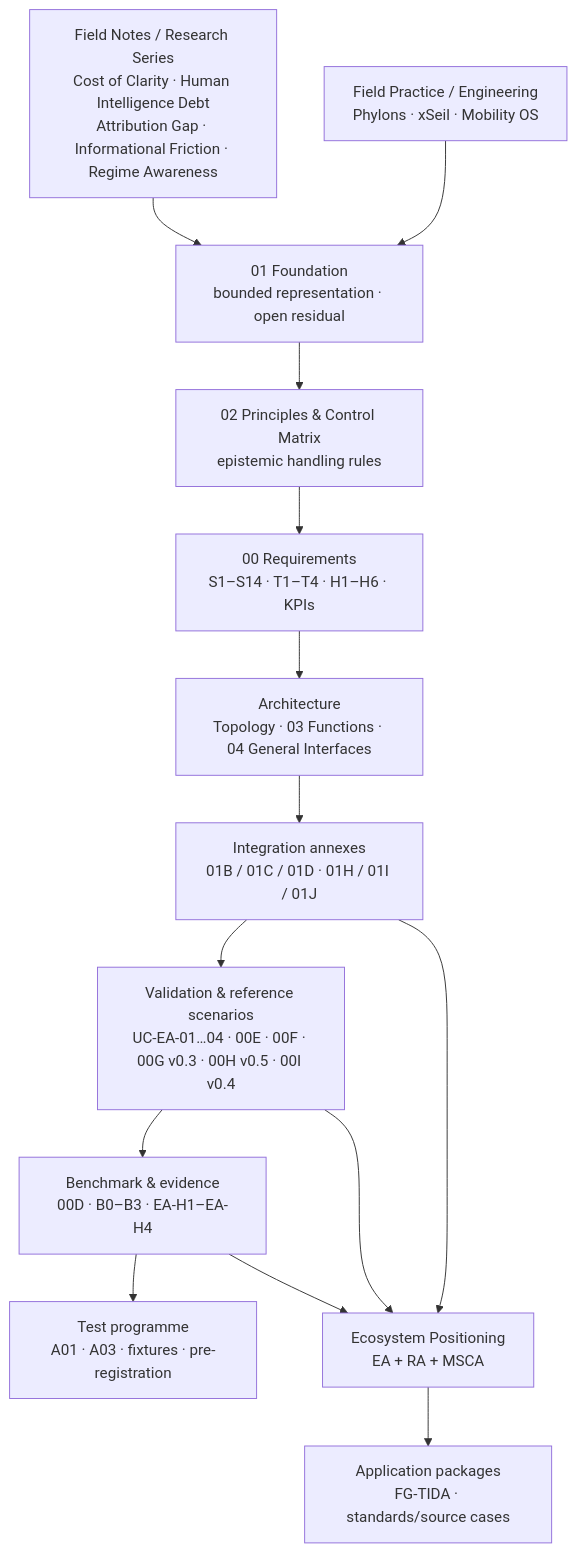
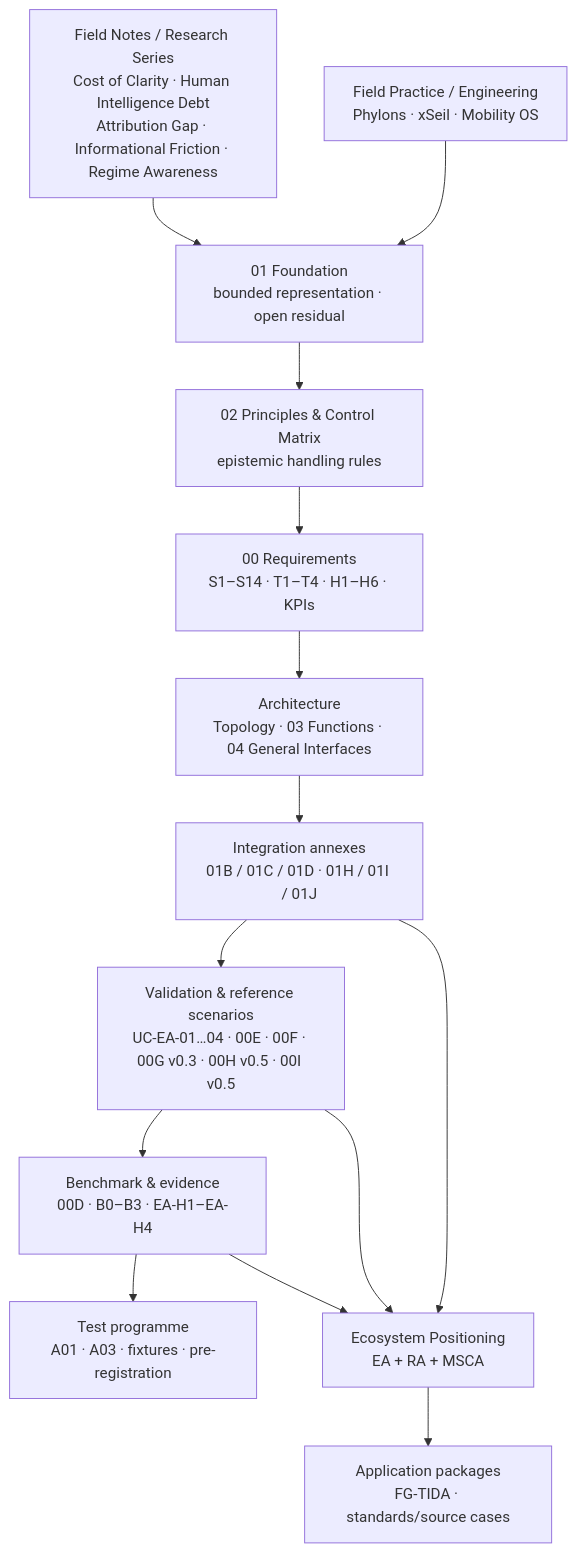
The first of 9 diagrams in research/ecosystem-awareness/VISUAL_GUIDE.md (dakleyer/structural-awareness-contributions), drawn with Mermaid before and after one commit. The commit also changed other lines of this file, not shown here.

````diff
--- a/research/ecosystem-awareness/VISUAL_GUIDE.md
+++ b/research/ecosystem-awareness/VISUAL_GUIDE.md
@@ -9,23 +9,23 @@
 ```mermaid
 flowchart TB
     FN["Field Notes / Research Series<br/>Cost of Clarity · Human Intelligence Debt<br/>Attribution Gap · Informational Friction · Regime Awareness"]
     ENG["Field Practice / Engineering<br/>Phylons · xSeil · Mobility OS"]
     F["01 Foundation<br/>bounded representation · open residual"]
     P["02 Principles & Control Matrix<br/>epistemic handling rules"]
     R["00 Requirements<br/>S1–S14 · T1–T4 · H1–H6 · KPIs"]
     A["Architecture<br/>Topology · 03 Functions · 04 General Interfaces"]
     I["Integration annexes<br/>01B / 01C / 01D · 01H / 01I / 01J"]
-    V["Validation & reference scenarios<br/>UC-EA-01…04 · 00E · 00F · 00G v0.3 · 00H v0.5 · 00I v0.4"]
+    V["Validation & reference scenarios<br/>UC-EA-01…04 · 00E · 00F · 00G v0.3 · 00H v0.5 · 00I v0.5"]
     B["Benchmark & evidence<br/>00D · B0–B3 · EA-H1–EA-H4"]
     T["Test programme<br/>A01 · A03 · fixtures · pre-registration"]
     EP["Ecosystem Positioning<br/>EA + RA + MSCA"]
     APP["Application packages<br/>FG-TIDA · standards/source cases"]
 
     FN --> F
     ENG --> F
     F --> P --> R --> A --> I --> V --> B --> T
     I --> EP
     V --> EP
     B --> EP
     EP --> APP
 ```
````
